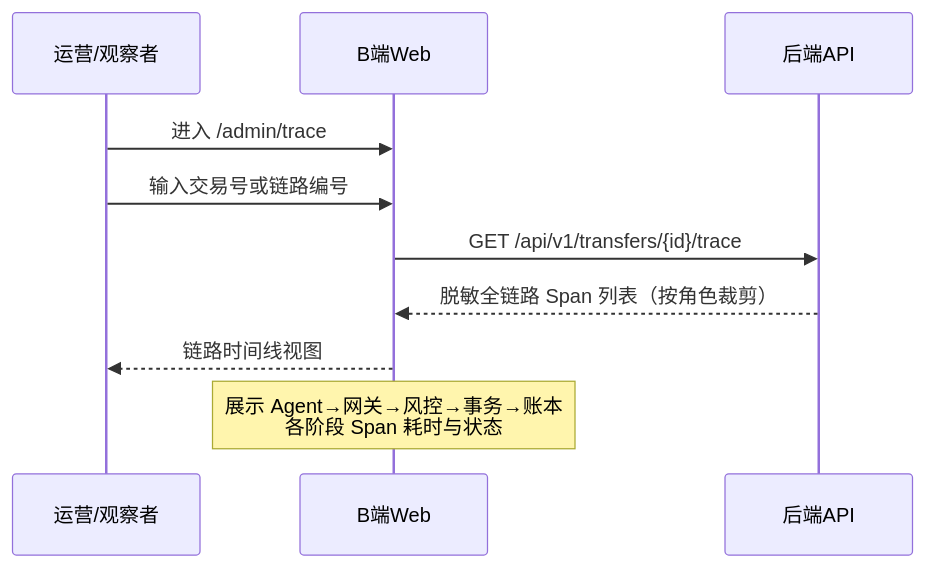
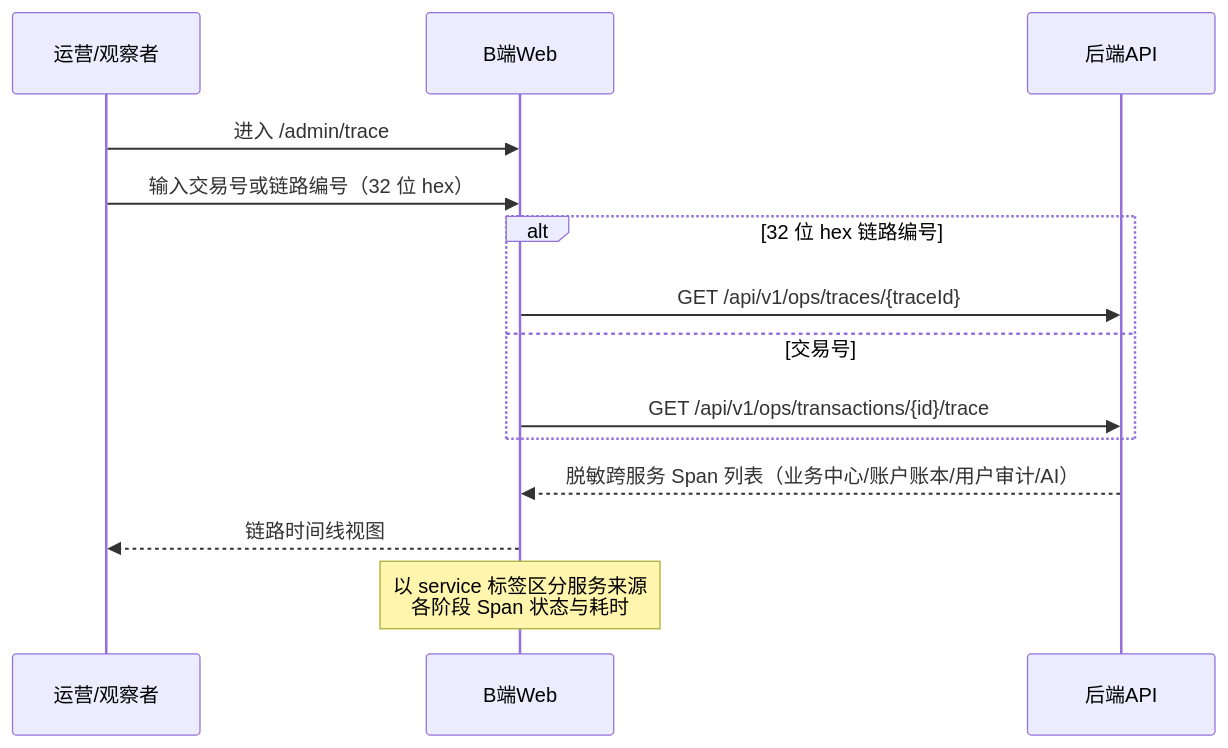
Diagram 30 of 36 in docs/minialalipay/miniaialipay -frontend-system-analysis.md (JN6565/MiniAlalipay), drawn with Mermaid before and after one commit. The commit also changed other lines of this file and 11 other files, not shown here.

First line of the commit message:
feat(ops): 链路追溯支持 Trace ID 与跨服务链路

````diff
--- a/docs/minialalipay/miniaialipay -frontend-system-analysis.md
+++ b/docs/minialalipay/miniaialipay -frontend-system-analysis.md
@@ -1902,12 +1902,16 @@
 ```mermaid
 sequenceDiagram
     participant O as 运营/观察者
     participant Web as B端Web
     participant API as 后端API
     O->>Web: 进入 /admin/trace
-    O->>Web: 输入交易号或链路编号
-    Web->>API: GET /api/v1/transfers/{id}/trace
-    API-->>Web: 脱敏全链路 Span 列表（按角色裁剪）
+    O->>Web: 输入交易号或链路编号（32 位 hex）
+    alt 32 位 hex 链路编号
+        Web->>API: GET /api/v1/ops/traces/{traceId}
+    else 交易号
+        Web->>API: GET /api/v1/ops/transactions/{id}/trace
+    end
+    API-->>Web: 脱敏跨服务 Span 列表（业务中心/账户账本/用户审计/AI）
     Web-->>O: 链路时间线视图
-    Note over Web: 展示 Agent→网关→风控→事务→账本<br/>各阶段 Span 耗时与状态
+    Note over Web: 以 service 标签区分服务来源<br/>各阶段 Span 状态与耗时
 ```
````
